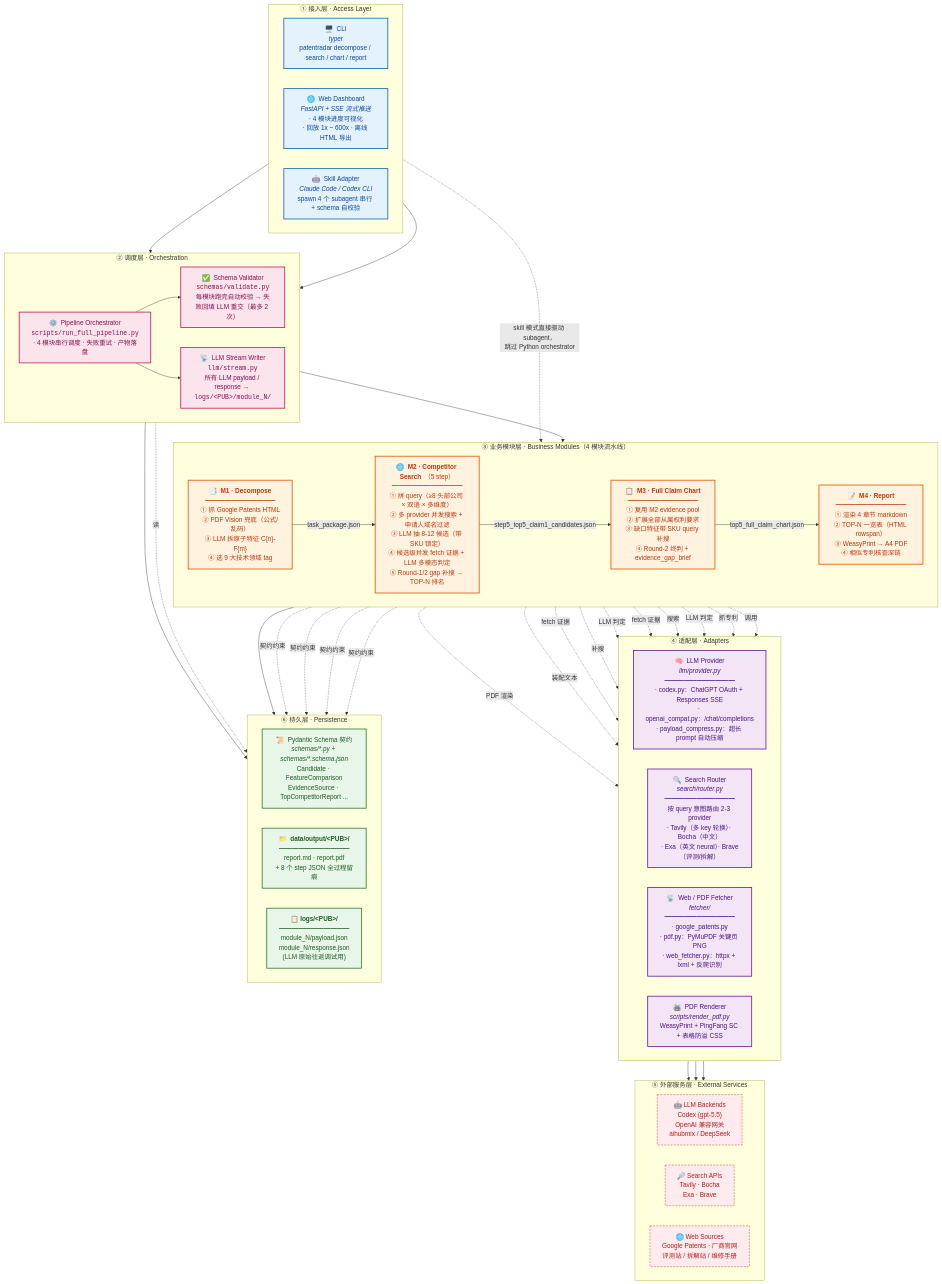
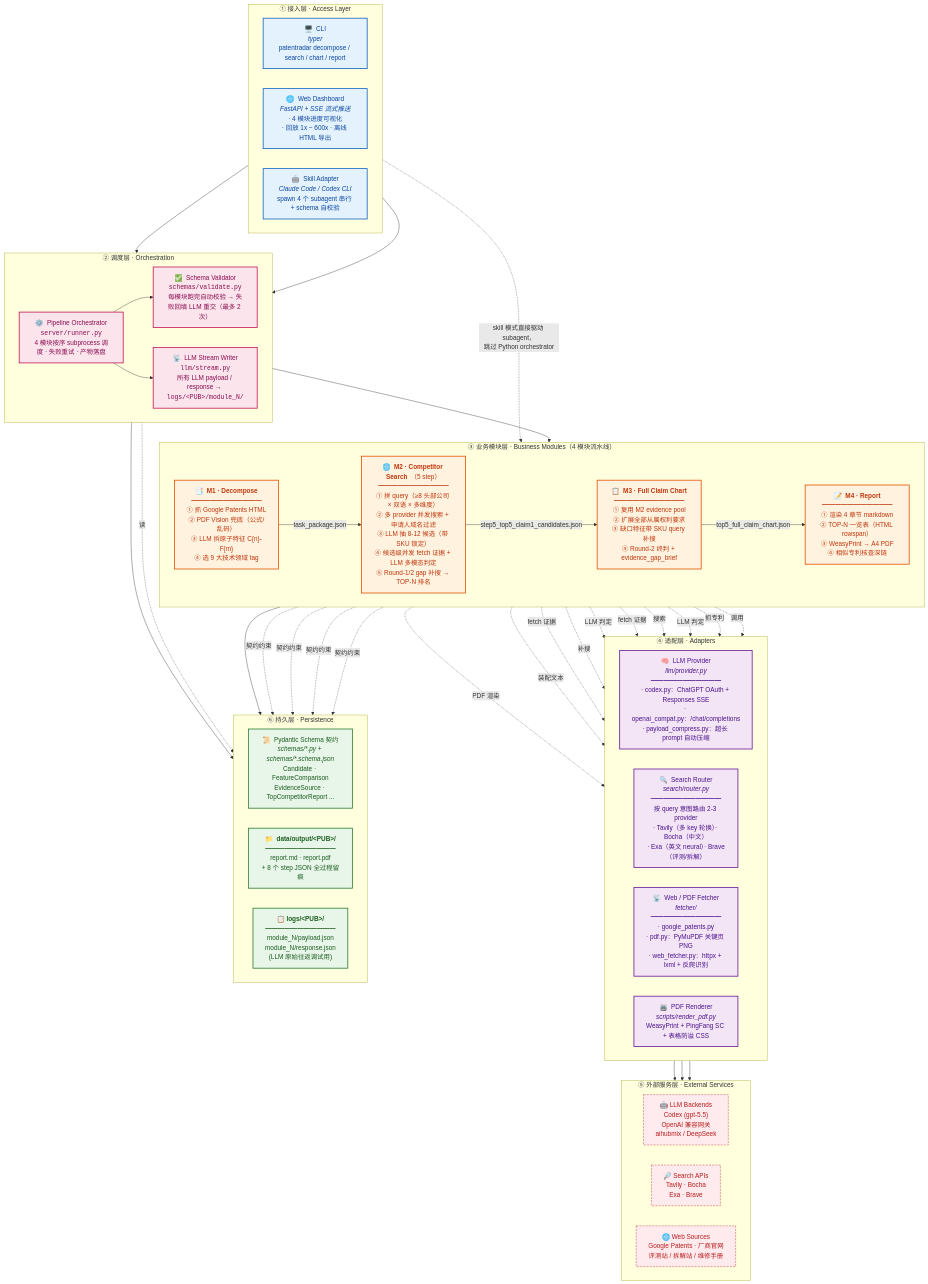
The first of 3 diagrams in README.md (yuc16/PatentRadar), drawn with Mermaid before and after one commit. The commit also changed other lines of this file and 330 other files, not shown here.

```diff
--- a/README.md
+++ b/README.md
@@ -63,7 +63,7 @@
 
     subgraph L2["②  调度层 · Orchestration"]
         direction LR
-        ORCH["⚙️  Pipeline Orchestrator<br/><code>scripts/run_full_pipeline.py</code><br/>· 4 模块串行调度 · 失败重试 · 产物落盘"]
+        ORCH["⚙️  Pipeline Orchestrator<br/><code>server/runner.py</code><br/>4 模块按序 subprocess 调度 · 失败重试 · 产物落盘"]
         VAL["✅  Schema Validator<br/><code>schemas/validate.py</code><br/>每模块跑完自动校验 → 失败回填 LLM 重交（最多 2 次）"]
         STREAM["📡  LLM Stream Writer<br/><code>llm/stream.py</code><br/>所有 LLM payload / response → <code>logs/&lt;PUB&gt;/module_N/</code>"]
     end
```
